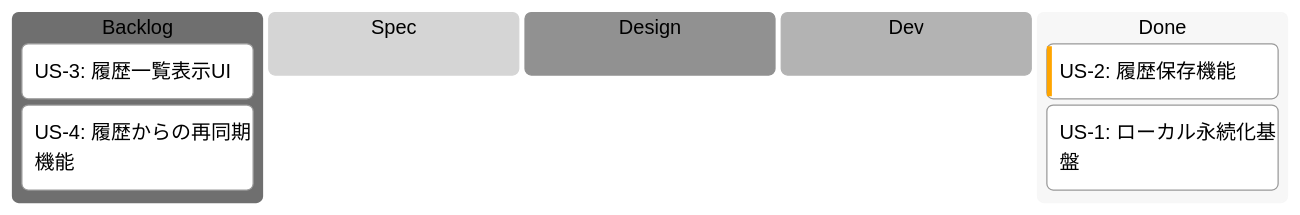
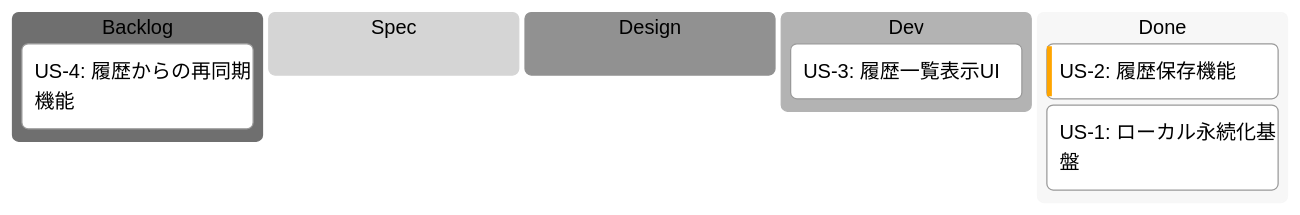
Before and after one commit to saki0000/collab-stream: the first of 2 diagrams in implement-context/sync-history/EPIC.md, drawn with Mermaid (neutral theme). The commit also changed other lines of this file and 17 other files, not shown here.

````diff
--- a/implement-context/sync-history/EPIC.md
+++ b/implement-context/sync-history/EPIC.md
@@ -27,17 +27,17 @@
 ```mermaid
 ---
 config:
   kanban:
     ticketBaseUrl: ''
 ---
 kanban
   backlog[Backlog]
-    us3[US-3: 履歴一覧表示UI]
     us4[US-4: 履歴からの再同期機能]
   spec[Spec]
   design[Design]
   dev[Dev]
+    us3[US-3: 履歴一覧表示UI]
   done[Done]
     us2[US-2: 履歴保存機能]@{ priority: 'High' }
     us1[US-1: ローカル永続化基盤]
 ```
````
